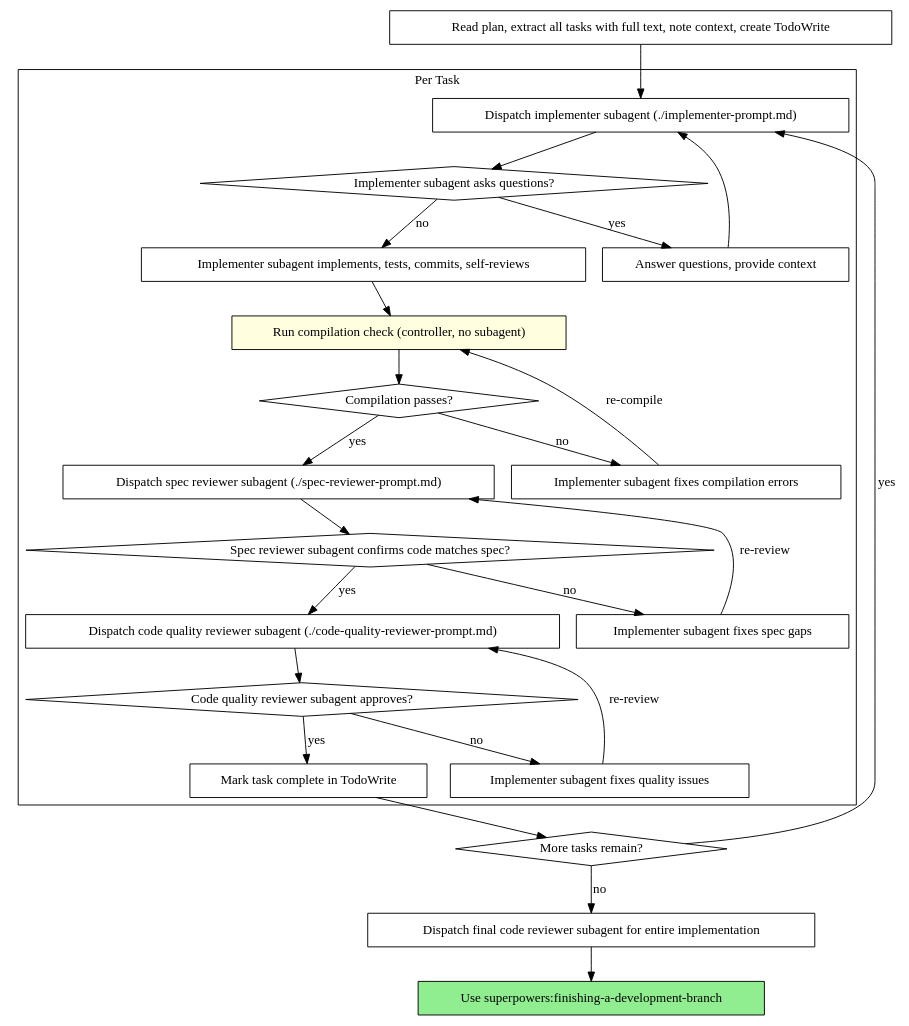
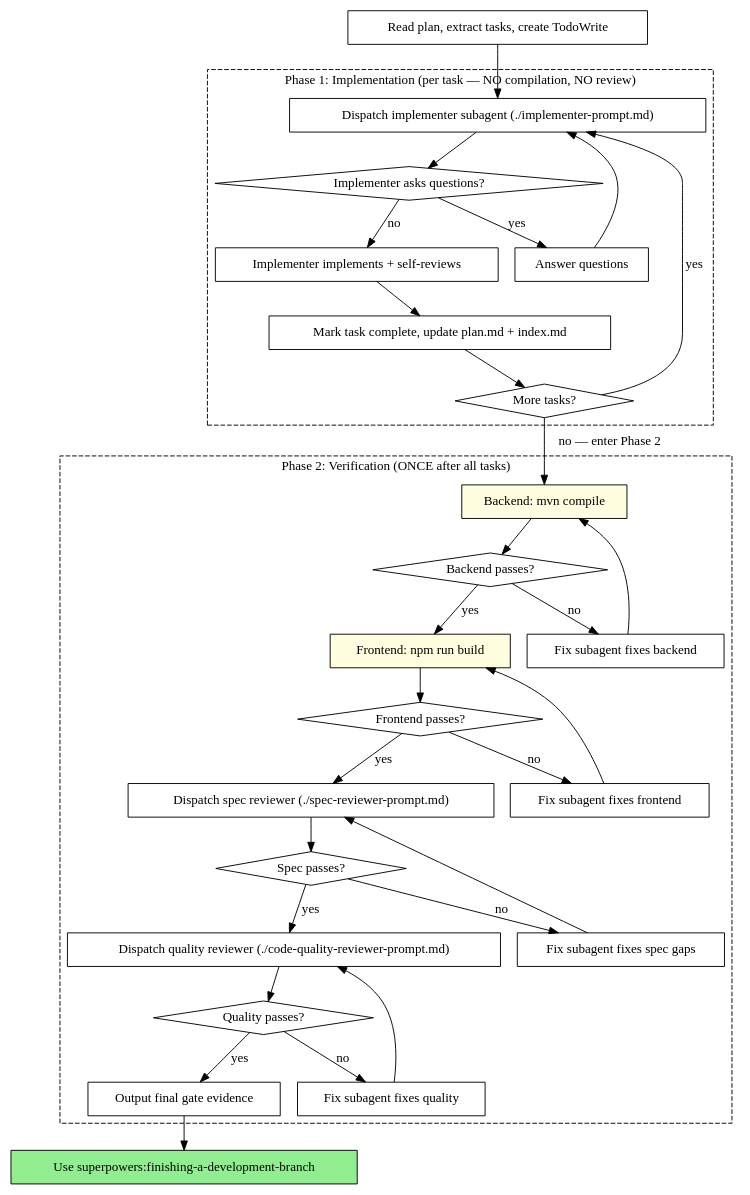
The second of 2 diagrams in skills/subagent-driven-development/SKILL.md (786153747/superpowers), drawn with Graphviz before and after one commit. The commit also changed other lines of this file and 56 other files, not shown here.

````diff
--- a/skills/subagent-driven-development/SKILL.md
+++ b/skills/subagent-driven-development/SKILL.md
@@ -63,51 +58,65 @@
 ```dot
 digraph process {
     rankdir=TB;
 
-    subgraph cluster_per_task {
-        label="Per Task";
+    subgraph cluster_phase1 {
+        label="Phase 1: Implementation (per task — NO compilation, NO review)";
+        style=dashed;
         "Dispatch implementer subagent (./implementer-prompt.md)" [shape=box];
-        "Implementer subagent asks questions?" [shape=diamond];
-        "Answer questions, provide context" [shape=box];
-        "Implementer subagent implements, tests, commits, self-reviews" [shape=box];
-        "Run compilation check (controller, no subagent)" [shape=box style=filled fillcolor=lightyellow];
-        "Compilation passes?" [shape=diamond];
-        "Implementer subagent fixes compilation errors" [shape=box];
-        "Dispatch spec reviewer subagent (./spec-reviewer-prompt.md)" [shape=box];
-        "Spec reviewer subagent confirms code matches spec?" [shape=diamond];
-        "Implementer subagent fixes spec gaps" [shape=box];
-        "Dispatch code quality reviewer subagent (./code-quality-reviewer-prompt.md)" [shape=box];
-        "Code quality reviewer subagent approves?" [shape=diamond];
-        "Implementer subagent fixes quality issues" [shape=box];
-        "Mark task complete in TodoWrite" [shape=box];
+        "Implementer asks questions?" [shape=diamond];
+        "Answer questions" [shape=box];
+        "Implementer implements + self-reviews" [shape=box];
+        "Mark task complete, update plan.md + index.md" [shape=box];
+        "More tasks?" [shape=diamond];
     }
 
-    "Read plan, extract all tasks with full text, note context, create TodoWrite" [shape=box];
-    "More tasks remain?" [shape=diamond];
-    "Dispatch final code reviewer subagent for entire implementation" [shape=box];
+    subgraph cluster_phase2 {
+        label="Phase 2: Verification (ONCE after all tasks)";
+        style=dashed;
+        "Backend: mvn compile" [shape=box style=filled fillcolor=lightyellow];
+        "Backend passes?" [shape=diamond];
+        "Fix subagent fixes backend" [shape=box];
+        "Frontend: npm run build" [shape=box style=filled fillcolor=lightyellow];
+        "Frontend passes?" [shape=diamond];
+        "Fix subagent fixes frontend" [shape=box];
+        "Dispatch spec reviewer (./spec-reviewer-prompt.md)" [shape=box];
+        "Spec passes?" [shape=diamond];
+        "Fix subagent fixes spec gaps" [shape=box];
+        "Dispatch quality reviewer (./code-quality-reviewer-prompt.md)" [shape=box];
+        "Quality passes?" [shape=diamond];
+        "Fix subagent fixes quality" [shape=box];
+        "Output final gate evidence" [shape=box];
+    }
+
+    "Read plan, extract tasks, create TodoWrite" [shape=box];
     "Use superpowers:finishing-a-development-branch" [shape=box style=filled fillcolor=lightgreen];
 
-    "Read plan, extract all tasks with full text, note context, create TodoWrite" -> "Dispatch implementer subagent (./implementer-prompt.md)";
-    "Dispatch implementer subagent (./implementer-prompt.md)" -> "Implementer subagent asks questions?";
-    "Implementer subagent asks questions?" -> "Answer questions, provide context" [label="yes"];
-    "Answer questions, provide context" -> "Dispatch implementer subagent (./implementer-prompt.md)";
-    "Implementer subagent asks questions?" -> "Implementer subagent implements, tests, commits, self-reviews" [label="no"];
-    "Implementer subagent implements, tests, commits, self-reviews" -> "Run compilation check (controller, no subagent)";
-    "Run compilation check (controller, no subagent)" -> "Compilation passes?";
-    "Compilation passes?" -> "Implementer subagent fixes compilation errors" [label="no"];
-    "Implementer subagent fixes compilation errors" -> "Run compilation check (controller, no subagent)" [label="re-compile"];
-    "Compilation passes?" -> "Dispatch spec reviewer subagent (./spec-reviewer-prompt.md)" [label="yes"];
-    "Dispatch spec reviewer subagent (./spec-reviewer-prompt.md)" -> "Spec reviewer subagent confirms code matches spec?";
-    "Spec reviewer subagent confirms code matches spec?" -> "Implementer subagent fixes spec gaps" [label="no"];
-    "Implementer subagent fixes spec gaps" -> "Dispatch spec reviewer subagent (./spec-reviewer-prompt.md)" [label="re-review"];
-    "Spec reviewer subagent confirms code matches spec?" -> "Dispatch code quality reviewer subagent (./code-quality-reviewer-prompt.md)" [label="yes"];
-    "Dispatch code quality reviewer subagent (./code-quality-reviewer-prompt.md)" -> "Code quality reviewer subagent approves?";
-    "Code quality reviewer subagent approves?" -> "Implementer subagent fixes quality issues" [label="no"];
-    "Implementer subagent fixes quality issues" -> "Dispatch code quality reviewer subagent (./code-quality-reviewer-prompt.md)" [label="re-review"];
-    "Code quality reviewer subagent approves?" -> "Mark task complete in TodoWrite" [label="yes"];
-    "Mark task complete in TodoWrite" -> "More tasks remain?";
-    "More tasks remain?" -> "Dispatch implementer subagent (./implementer-prompt.md)" [label="yes"];
-    "More tasks remain?" -> "Dispatch final code reviewer subagent for entire implementation" [label="no"];
-    "Dispatch final code reviewer subagent for entire implementation" -> "Use superpowers:finishing-a-development-branch";
+    "Read plan, extract tasks, create TodoWrite" -> "Dispatch implementer subagent (./implementer-prompt.md)";
+    "Dispatch implementer subagent (./implementer-prompt.md)" -> "Implementer asks questions?";
+    "Implementer asks questions?" -> "Answer questions" [label="yes"];
+    "Answer questions" -> "Dispatch implementer subagent (./implementer-prompt.md)";
+    "Implementer asks questions?" -> "Implementer implements + self-reviews" [label="no"];
+    "Implementer implements + self-reviews" -> "Mark task complete, update plan.md + index.md";
+    "Mark task complete, update plan.md + index.md" -> "More tasks?";
+    "More tasks?" -> "Dispatch implementer subagent (./implementer-prompt.md)" [label="yes"];
+    "More tasks?" -> "Backend: mvn compile" [label="no — enter Phase 2"];
+
+    "Backend: mvn compile" -> "Backend passes?";
+    "Backend passes?" -> "Fix subagent fixes backend" [label="no"];
+    "Fix subagent fixes backend" -> "Backend: mvn compile";
+    "Backend passes?" -> "Frontend: npm run build" [label="yes"];
+    "Frontend: npm run build" -> "Frontend passes?";
+    "Frontend passes?" -> "Fix subagent fixes frontend" [label="no"];
+    "Fix subagent fixes frontend" -> "Frontend: npm run build";
+    "Frontend passes?" -> "Dispatch spec reviewer (./spec-reviewer-prompt.md)" [label="yes"];
+    "Dispatch spec reviewer (./spec-reviewer-prompt.md)" -> "Spec passes?";
+    "Spec passes?" -> "Fix subagent fixes spec gaps" [label="no"];
+    "Fix subagent fixes spec gaps" -> "Dispatch spec reviewer (./spec-reviewer-prompt.md)";
+    "Spec passes?" -> "Dispatch quality reviewer (./code-quality-reviewer-prompt.md)" [label="yes"];
+    "Dispatch quality reviewer (./code-quality-reviewer-prompt.md)" -> "Quality passes?";
+    "Quality passes?" -> "Fix subagent fixes quality" [label="no"];
+    "Fix subagent fixes quality" -> "Dispatch quality reviewer (./code-quality-reviewer-prompt.md)";
+    "Quality passes?" -> "Output final gate evidence" [label="yes"];
+    "Output final gate evidence" -> "Use superpowers:finishing-a-development-branch";
 }
 ```
````
